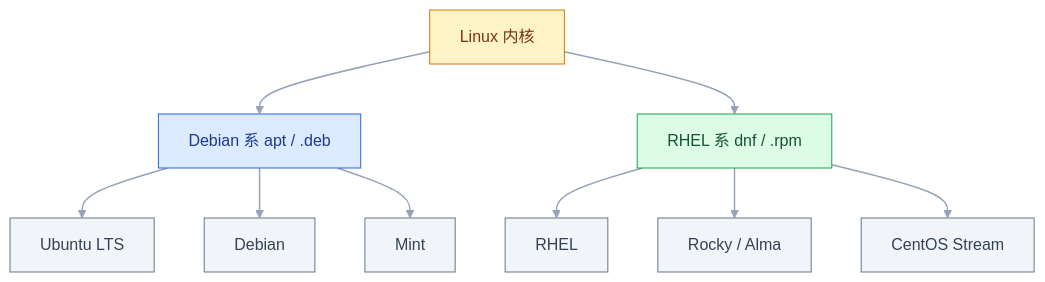
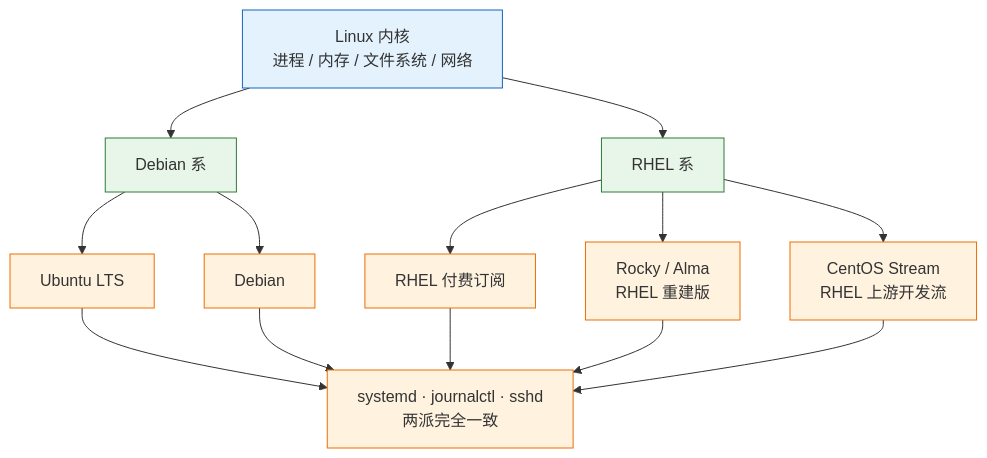
One commit to jimbosuper/studynotes changed the first of 4 diagrams in blog/src/notes/07-运维/01-Linux系统/01-CentOS与Ubuntu系统.md. Above: the diagram before and after it, drawn with Mermaid. The commit also changed other lines of this file and 367 other files, not shown here.

````diff
--- a/blog/src/notes/07-运维/01-Linux系统/01-CentOS与Ubuntu系统.md
+++ b/blog/src/notes/07-运维/01-Linux系统/01-CentOS与Ubuntu系统.md
@@ -395,17 +37,21 @@
 ```mermaid
-flowchart TB
-    classDef core fill:#FEF3C7,stroke:#D97706,color:#78350F
-    classDef deb fill:#DBEAFE,stroke:#2563EB,color:#1E3A8A
-    classDef rpm fill:#DCFCE7,stroke:#16A34A,color:#14532D
-    classDef leaf fill:#F1F5F9,stroke:#64748B,color:#334155
-
-    K["Linux 内核"]:::core --> D["Debian 系 apt / .deb"]:::deb
-    K --> R["RHEL 系 dnf / .rpm"]:::rpm
-    D --> U["Ubuntu LTS"]:::leaf
-    D --> DB["Debian"]:::leaf
-    D --> M["Mint"]:::leaf
-    R --> RH["RHEL"]:::leaf
-    R --> RM["Rocky / Alma"]:::leaf
-    R --> CS["CentOS Stream"]:::leaf
-    linkStyle default stroke:#94A3B8,stroke-width:1.5px
+flowchart TD
+    K["Linux 内核<br/>进程 / 内存 / 文件系统 / 网络"] --> D["Debian 系"]
+    K --> R["RHEL 系"]
+    D --> U["Ubuntu LTS"]
+    D --> DB["Debian"]
+    R --> RH["RHEL 付费订阅"]
+    R --> RB["Rocky / Alma<br/>RHEL 重建版"]
+    R --> CS["CentOS Stream<br/>RHEL 上游开发流"]
+    U --> S["systemd · journalctl · sshd<br/>两派完全一致"]
+    DB --> S
+    RH --> S
+    RB --> S
+    CS --> S
+    classDef client fill:#e3f2fd,stroke:#1565c0;
+    classDef engine fill:#e8f5e9,stroke:#2e7d32;
+    classDef image fill:#fff3e0,stroke:#ef6c00;
+    class K client
+    class D,R engine
+    class U,DB,RH,RB,CS,S image
 ```
````
